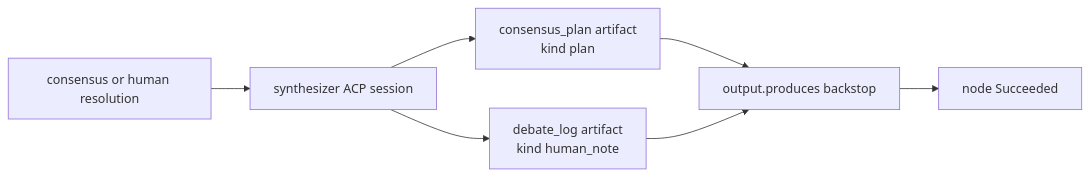
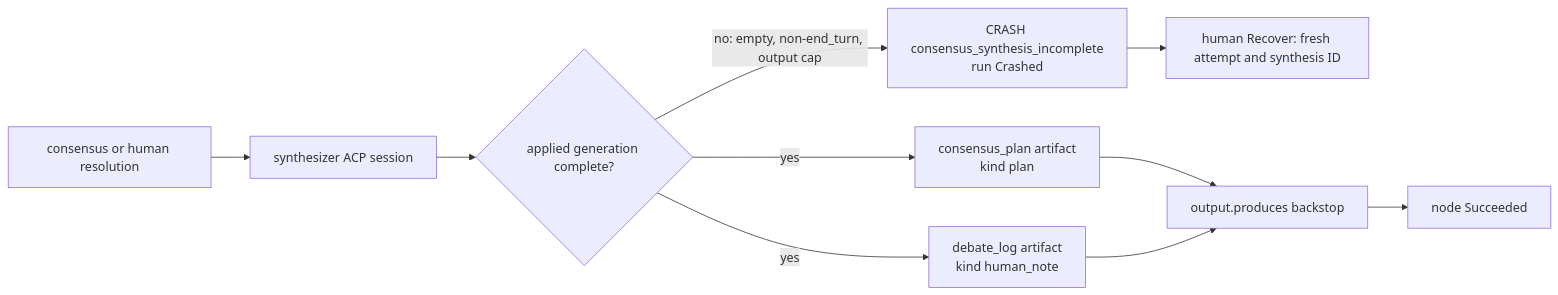
One commit to maister-dev/maister changed the fourth of 4 diagrams in docs/system-analytics/consensus.md. Above: the diagram before and after it, drawn with Mermaid. The commit also changed other lines of this file and 88 other files, not shown here.

````diff
--- a/docs/system-analytics/consensus.md
+++ b/docs/system-analytics/consensus.md
@@ -132,9 +160,12 @@
 ```mermaid
 flowchart LR
     Source["consensus or human resolution"] --> S["synthesizer ACP session"]
-    S --> Plan["consensus_plan artifact<br/>kind plan"]
-    S --> Debate["debate_log artifact<br/>kind human_note"]
+    S --> Gen{"applied generation complete?"}
+    Gen -- yes --> Plan["consensus_plan artifact<br/>kind plan"]
+    Gen -- yes --> Debate["debate_log artifact<br/>kind human_note"]
+    Gen -- "no: empty, non-end_turn, output cap" --> Crash["CRASH consensus_synthesis_incomplete<br/>run Crashed"]
+    Crash --> Recover["human Recover: fresh attempt and synthesis ID"]
     Plan --> Backstop["output.produces backstop"]
     Debate --> Backstop
     Backstop --> Success["node Succeeded"]
 ```
````
